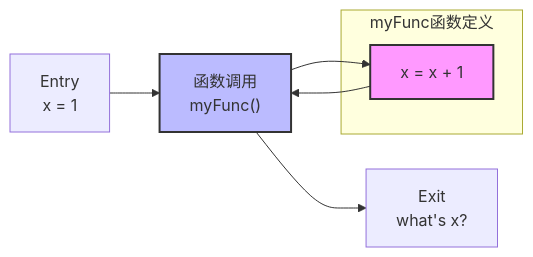
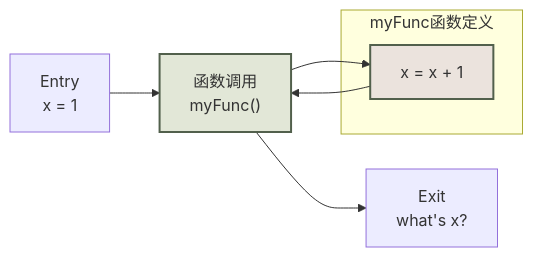
The sixth of 11 diagrams in static-analysis-guide/topic-compiler-for-static-analysis.mdx (yaklang/ssa.to), drawn with Mermaid before and after one commit. The commit also changed other lines of this file and 91 other files, not shown here.

````diff
--- a/static-analysis-guide/topic-compiler-for-static-analysis.mdx
+++ b/static-analysis-guide/topic-compiler-for-static-analysis.mdx
@@ -319,25 +327,25 @@
 ```mermaid
 flowchart LR
     B1["Entry
     x = 1"]
     
     subgraph "myFunc函数定义"
         B2["x = x + 1"]
     end
     
     Call["函数调用
     myFunc()"]
     
     B3["Exit
     what's x?"]
     
     B1 --> Call
     Call --> B2
     B2 --> Call
     Call --> B3
 
-    style Call fill:#bbf,stroke:#333,stroke-width:2px
-    style B2 fill:#f9f,stroke:#333,stroke-width:2px
+    style Call fill:#e2e7d7,stroke:#52604c,stroke-width:2px
+    style B2 fill:#ebe3dd,stroke:#52604c,stroke-width:2px
 
 
 ```
````
